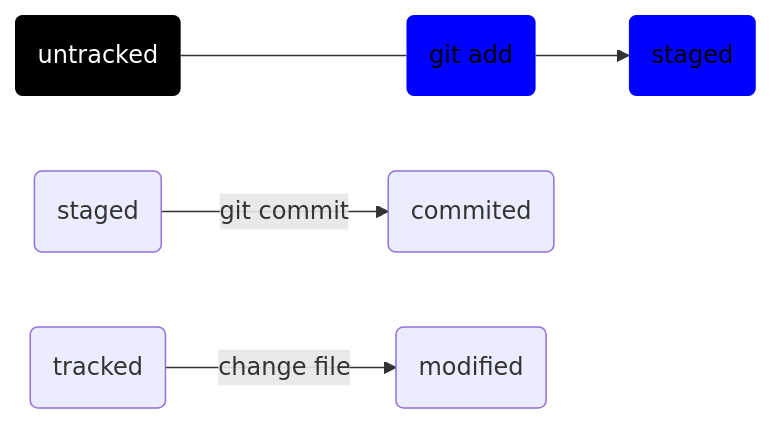
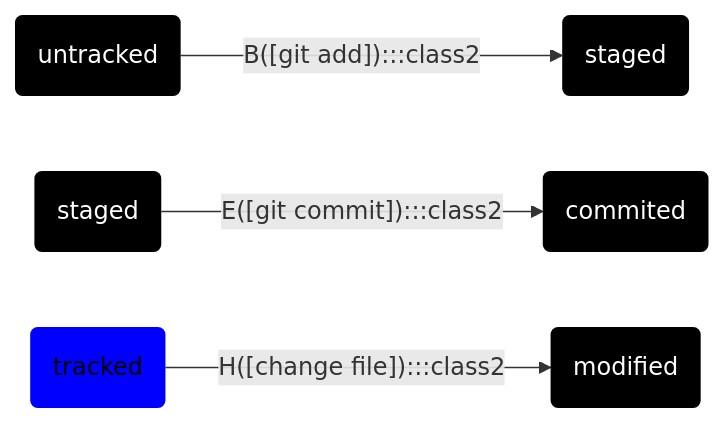
Before and after one commit to Botalchik/Second-project: the second of 3 diagrams in README.md, drawn with Mermaid.

Commit message:
Создать гайд по Git: добавлены разделы Статусы в Git, подсказки; фикс формата

````diff
--- a/README.md
+++ b/README.md
@@ -69,8 +69,9 @@
 ```mermaid
 flowchart LR
 classDef class1 fill:#000000,stroke:#000000,stroke-width:0px,color:#fff
-classDef class2 fill:#0000ff,stroke:#000000,stroke-width:0px,color:#000000
-A(untracked):::class1---B(git add):::class2-->C(staged):::class2
-D(staged) -- "git commit" --> G(commited)
-E(tracked) -- "change file" --> F(modified)
+classDef class2 fill:#ffa500,stroke:#000000,stroke-width:1px,color:#000000
+classDef class3 fill:#0000ff,stroke:#000000,stroke-width:0px,color:#000000
+A(untracked):::class1--B([git add]):::class2-->C(staged):::class1
+D(staged):::class1--E([git commit]):::class2-->F(commited):::class1
+G(tracked):::class3--H([change file]):::class2-->I(modified):::class1
 ```
````
